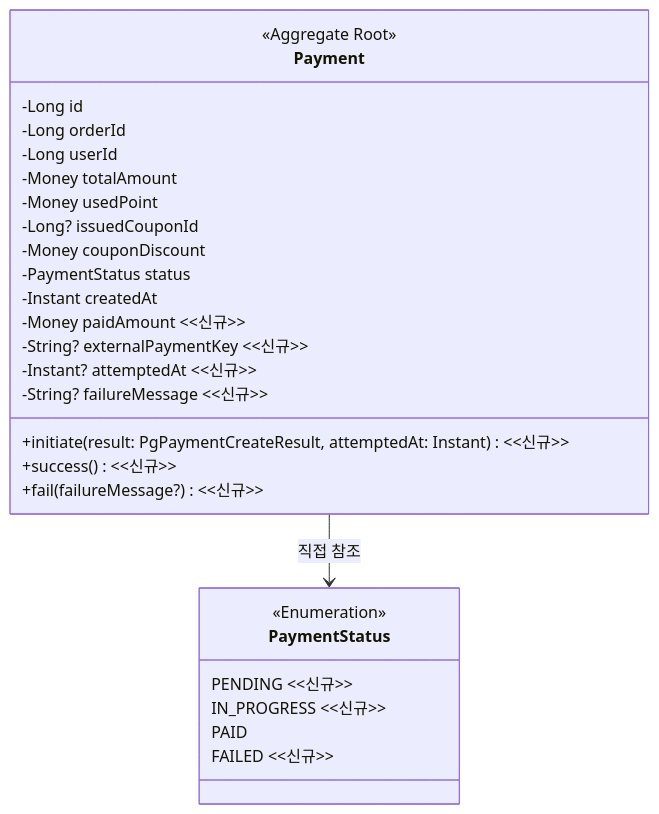
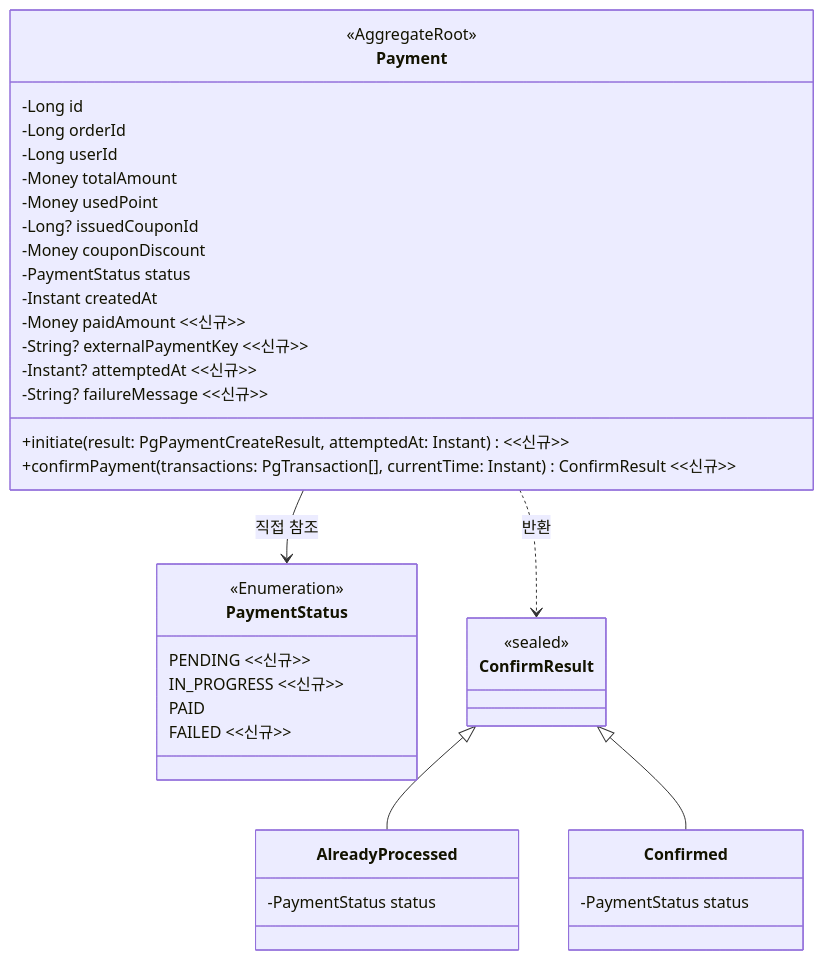
Before and after one commit to Loopers-dev-lab/loopers-spring-kotlin-template: the second of 7 diagrams in docs/week6/도메인_모델링_문서_PG연동.md, drawn with Mermaid. The commit also changed other lines of this file and 1 other file, not shown here.

Commit message:
refactor(payment): 문서 변경

````diff
--- a/docs/week6/도메인_모델링_문서_PG연동.md
+++ b/docs/week6/도메인_모델링_문서_PG연동.md
@@ -132,32 +133,46 @@
 ```mermaid
 classDiagram
     class Payment {
-        <<Aggregate Root>>
-        -Long id
-        -Long orderId
-        -Long userId
-        -Money totalAmount
-        -Money usedPoint
-        -Long? issuedCouponId
-        -Money couponDiscount
-        -PaymentStatus status
-        -Instant createdAt
-        -Money paidAmount <<신규>>
-        -String? externalPaymentKey <<신규>>
-        -Instant? attemptedAt <<신규>>
-        -String? failureMessage <<신규>>
-        +initiate(result: PgPaymentCreateResult, attemptedAt: Instant) <<신규>>
-        +success() <<신규>>
-        +fail(failureMessage?) <<신규>>
-    }
+<<AggregateRoot>>
+-Long id
+-Long orderId
+-Long userId
+-Money totalAmount
+-Money usedPoint
+-Long? issuedCouponId
+-Money couponDiscount
+-PaymentStatus status
+-Instant createdAt
+-Money paidAmount <<신규>>
+-String? externalPaymentKey <<신규>>
+-Instant? attemptedAt <<신규>>
+-String? failureMessage <<신규>>
++initiate(result: PgPaymentCreateResult, attemptedAt: Instant) <<신규>>
++confirmPayment(transactions: PgTransaction[], currentTime: Instant) ConfirmResult <<신규>>
+}
 
-    class PaymentStatus {
-        <<Enumeration>>
-        PENDING <<신규>>
-        IN_PROGRESS <<신규>>
-        PAID
-        FAILED <<신규>>
-    }
+class PaymentStatus {
+<<Enumeration>>
+PENDING <<신규>>
+IN_PROGRESS <<신규>>
+PAID
+FAILED <<신규>>
+}
 
-    Payment --> PaymentStatus : 직접 참조
+class ConfirmResult {
+<<sealed>>
+}
+
+class AlreadyProcessed {
+-PaymentStatus status
+}
+
+class Confirmed {
+-PaymentStatus status
+}
+
+Payment --> PaymentStatus: 직접 참조
+Payment ..> ConfirmResult: 반환
+ConfirmResult <|-- AlreadyProcessed
+ConfirmResult <|-- Confirmed
 ```
````
